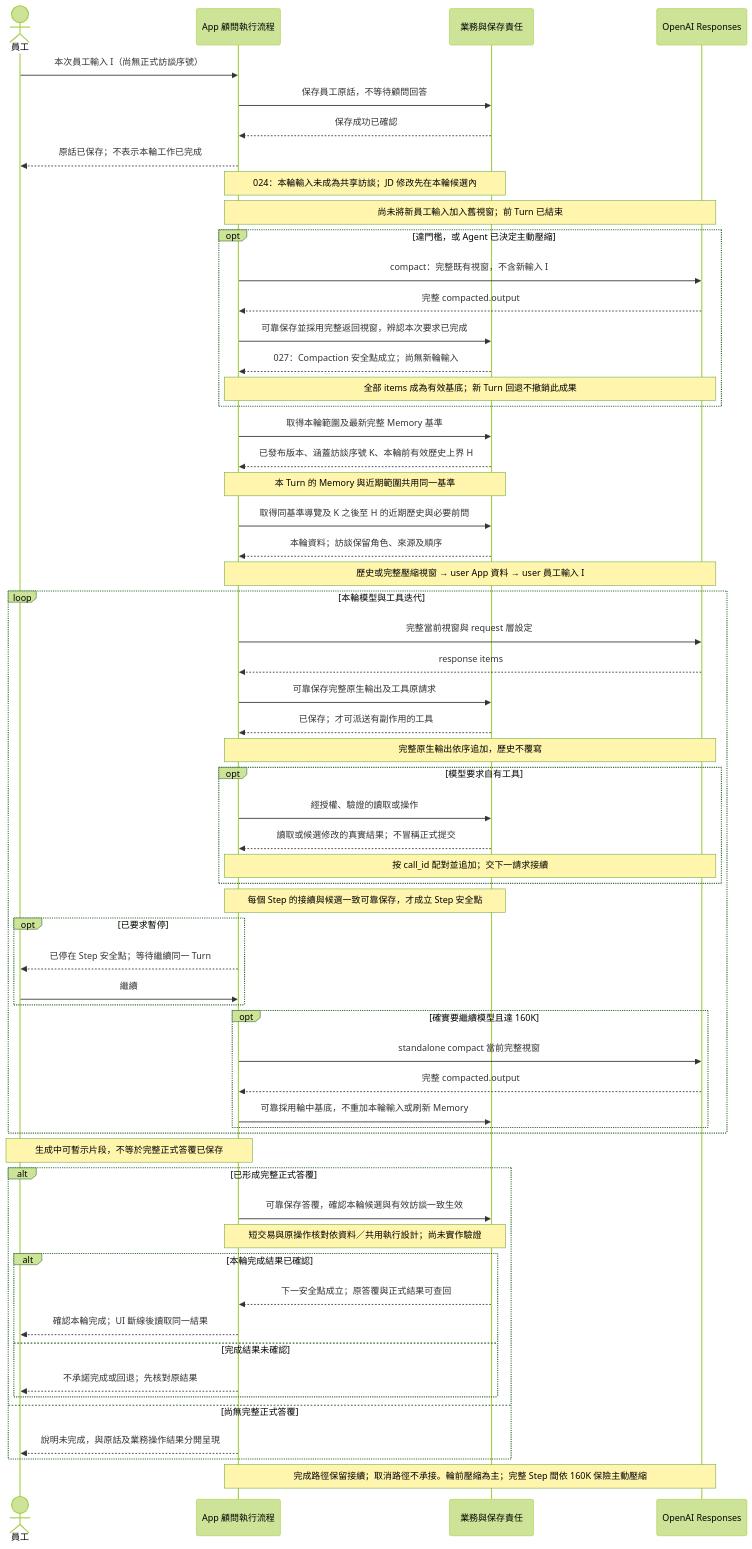
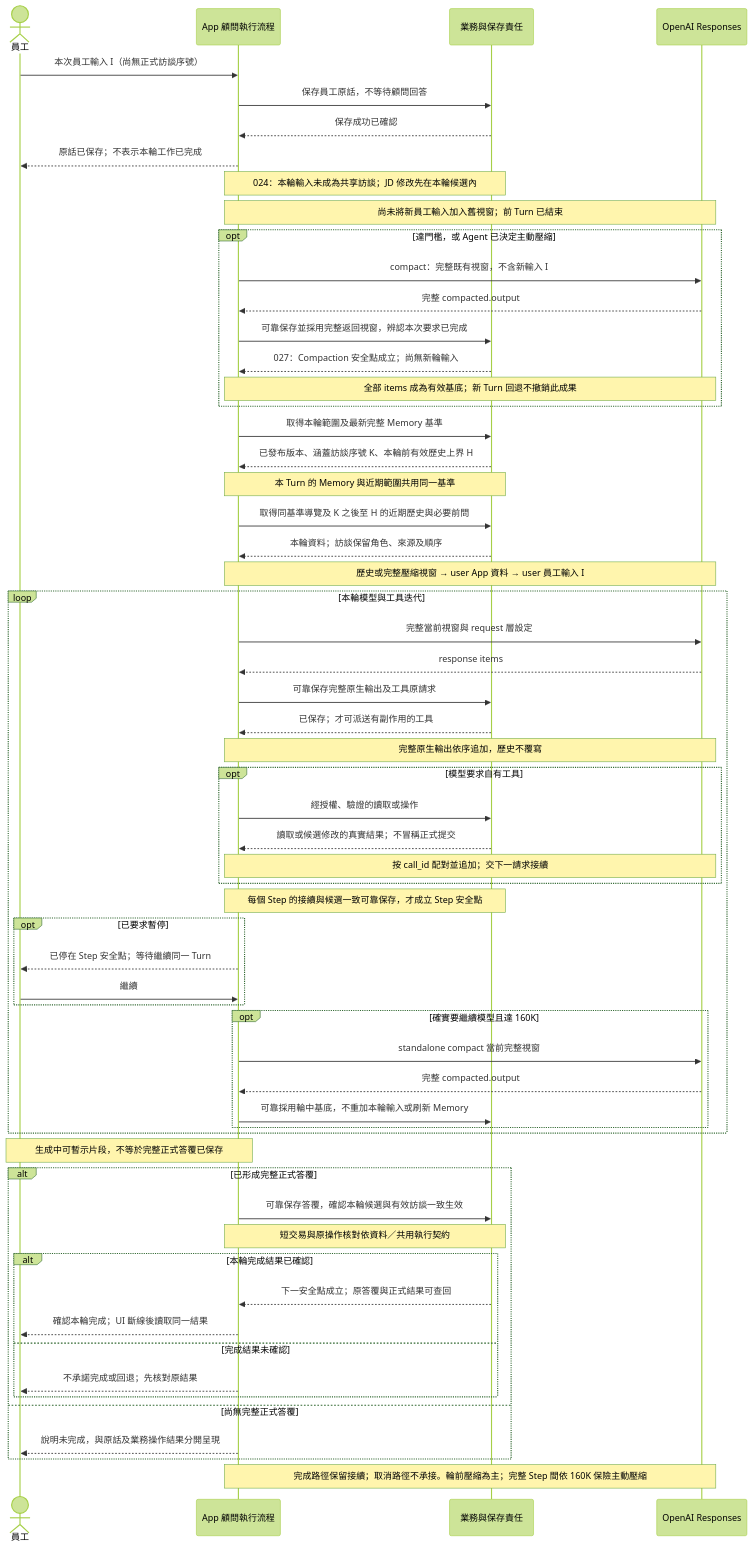
One commit to JD-Consultant/Caliburn changed the first of 2 diagrams in docs/specs/2026-09-26-consultant-context-and-state-design.md. Above: the diagram before and after it, drawn with Mermaid (forest theme). The commit also changed other lines of this file and 1322 other files, not shown here.

First line of the commit message:
docs: curate architecture, reports and experiment evidence

````diff
--- a/docs/specs/2026-09-26-consultant-context-and-state-design.md
+++ b/docs/specs/2026-09-26-consultant-context-and-state-design.md
@@ -183,62 +181,62 @@
 ```mermaid
 sequenceDiagram
     actor E as 員工
     participant R as App 顧問執行流程
     participant D as 業務與保存責任
     participant O as OpenAI Responses
     E->>R: 本次員工輸入 I（尚無正式訪談序號）
     R->>D: 保存員工原話，不等待顧問回答
     D-->>R: 保存成功已確認
     R-->>E: 原話已保存；不表示本輪工作已完成
     Note over R,D: 024：本輪輸入未成為共享訪談；JD 修改先在本輪候選內
     Note over R,O: 尚未將新員工輸入加入舊視窗；前 Turn 已結束
     opt 達門檻，或 Agent 已決定主動壓縮
         R->>O: compact：完整既有視窗，不含新輸入 I
         O-->>R: 完整 compacted.output
         R->>D: 可靠保存並採用完整返回視窗，辨認本次要求已完成
         D-->>R: 027：Compaction 安全點成立；尚無新輪輸入
         Note over R,O: 全部 items 成為有效基底；新 Turn 回退不撤銷此成果
     end
     R->>D: 取得本輪範圍及最新完整 Memory 基準
     D-->>R: 已發布版本、涵蓋訪談序號 K、本輪前有效歷史上界 H
     Note over R,D: 本 Turn 的 Memory 與近期範圍共用同一基準
     R->>D: 取得同基準導覽及 K 之後至 H 的近期歷史與必要前問
     D-->>R: 本輪資料；訪談保留角色、來源及順序
     Note over R,O: 歷史或完整壓縮視窗 → user App 資料 → user 員工輸入 I
     loop 本輪模型與工具迭代
         R->>O: 完整當前視窗與 request 層設定
         O-->>R: response items
         R->>D: 可靠保存完整原生輸出及工具原請求
         D-->>R: 已保存；才可派送有副作用的工具
         Note over R,O: 完整原生輸出依序追加，歷史不覆寫
         opt 模型要求自有工具
             R->>D: 經授權、驗證的讀取或操作
             D-->>R: 讀取或候選修改的真實結果；不冒稱正式提交
             Note over R,O: 按 call_id 配對並追加；交下一請求接續
         end
         Note over R,D: 每個 Step 的接續與候選一致可靠保存，才成立 Step 安全點
         opt 已要求暫停
             R-->>E: 已停在 Step 安全點；等待繼續同一 Turn
             E->>R: 繼續
         end
         opt 確實要繼續模型且達 160K
             R->>O: standalone compact 當前完整視窗
             O-->>R: 完整 compacted.output
             R->>D: 可靠採用輪中基底，不重加本輪輸入或刷新 Memory
         end
     end
     Note over R,E: 生成中可暫示片段，不等於完整正式答覆已保存
     alt 已形成完整正式答覆
         R->>D: 可靠保存答覆，確認本輪候選與有效訪談一致生效
-        Note over R,D: 短交易與原操作核對依資料／共用執行設計；尚未實作驗證
+        Note over R,D: 短交易與原操作核對依資料／共用執行契約
         alt 本輪完成結果已確認
             D-->>R: 下一安全點成立；原答覆與正式結果可查回
             R-->>E: 確認本輪完成；UI 斷線後讀取同一結果
         else 完成結果未確認
             R-->>E: 不承諾完成或回退；先核對原結果
         end
     else 尚無完整正式答覆
         R-->>E: 說明未完成，與原話及業務操作結果分開呈現
     end
     Note over R,O: 完成路徑保留接續；取消路徑不承接。輪前壓縮為主；完整 Step 間依 160K 保險主動壓縮
 ```
````
